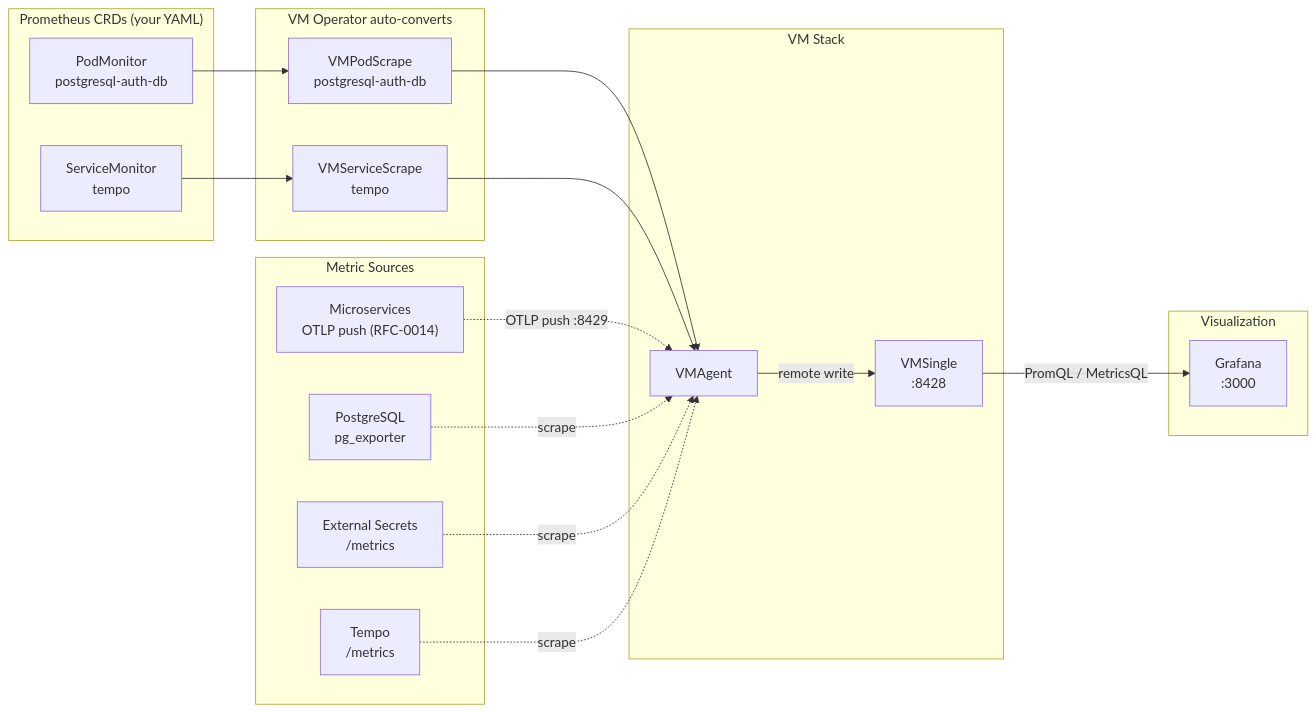
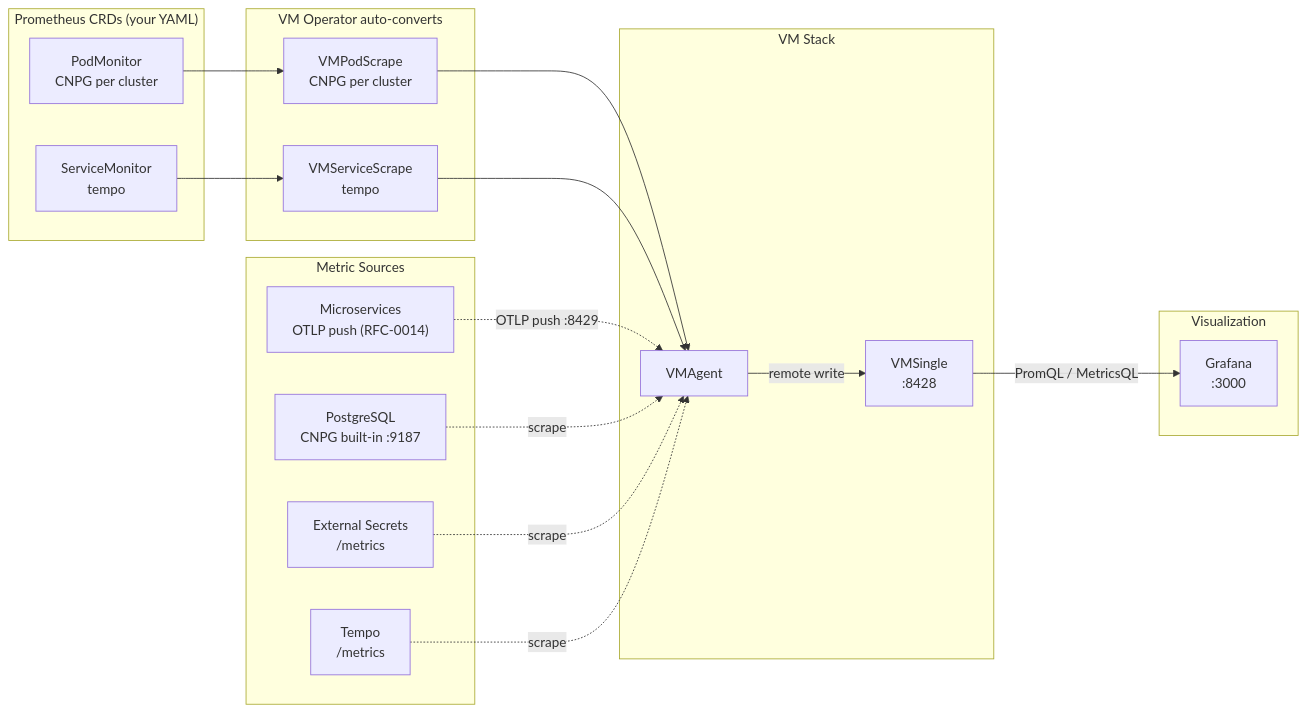
One commit to duynhlab/homelab changed the fourth of 6 diagrams in docs/observability/metrics/victoriametrics.md. Above: the diagram before and after it, drawn with Mermaid. The commit also changed other lines of this file and 243 other files, not shown here.

````diff
--- a/docs/observability/metrics/victoriametrics.md
+++ b/docs/observability/metrics/victoriametrics.md
@@ -449,42 +480,42 @@
 ```mermaid
 flowchart LR
     subgraph sources ["Metric Sources"]
         Apps["Microservices<br/>OTLP push (RFC-0014)"]
-        PG["PostgreSQL<br/>pg_exporter"]
+        PG["PostgreSQL<br/>CNPG built-in :9187"]
         ESO["External Secrets<br/>/metrics"]
         TempoSvc["Tempo<br/>/metrics"]
     end
 
     subgraph promCRD ["Prometheus CRDs (your YAML)"]
-        PM1["PodMonitor<br/>postgresql-auth-db"]
+        PM1["PodMonitor<br/>CNPG per cluster"]
         SM2["ServiceMonitor<br/>tempo"]
     end
 
     subgraph autoConv ["VM Operator auto-converts"]
-        VMPS1["VMPodScrape<br/>postgresql-auth-db"]
+        VMPS1["VMPodScrape<br/>CNPG per cluster"]
         VMSS2["VMServiceScrape<br/>tempo"]
     end
 
     subgraph vmStack ["VM Stack"]
         VMAgent_f["VMAgent"]
         VMSingle_f["VMSingle<br/>:8428"]
     end
 
     subgraph viz ["Visualization"]
         Grafana_f["Grafana<br/>:3000"]
     end
 
     PM1 --> VMPS1
     SM2 --> VMSS2
 
     VMPS1 --> VMAgent_f
     VMSS2 --> VMAgent_f
 
     VMAgent_f -->|"remote write"| VMSingle_f
     VMSingle_f -->|"PromQL / MetricsQL"| Grafana_f
 
     Apps -.->|"OTLP push :8429"| VMAgent_f
     PG -.->|scrape| VMAgent_f
     ESO -.->|scrape| VMAgent_f
     TempoSvc -.->|scrape| VMAgent_f
 ```
````
